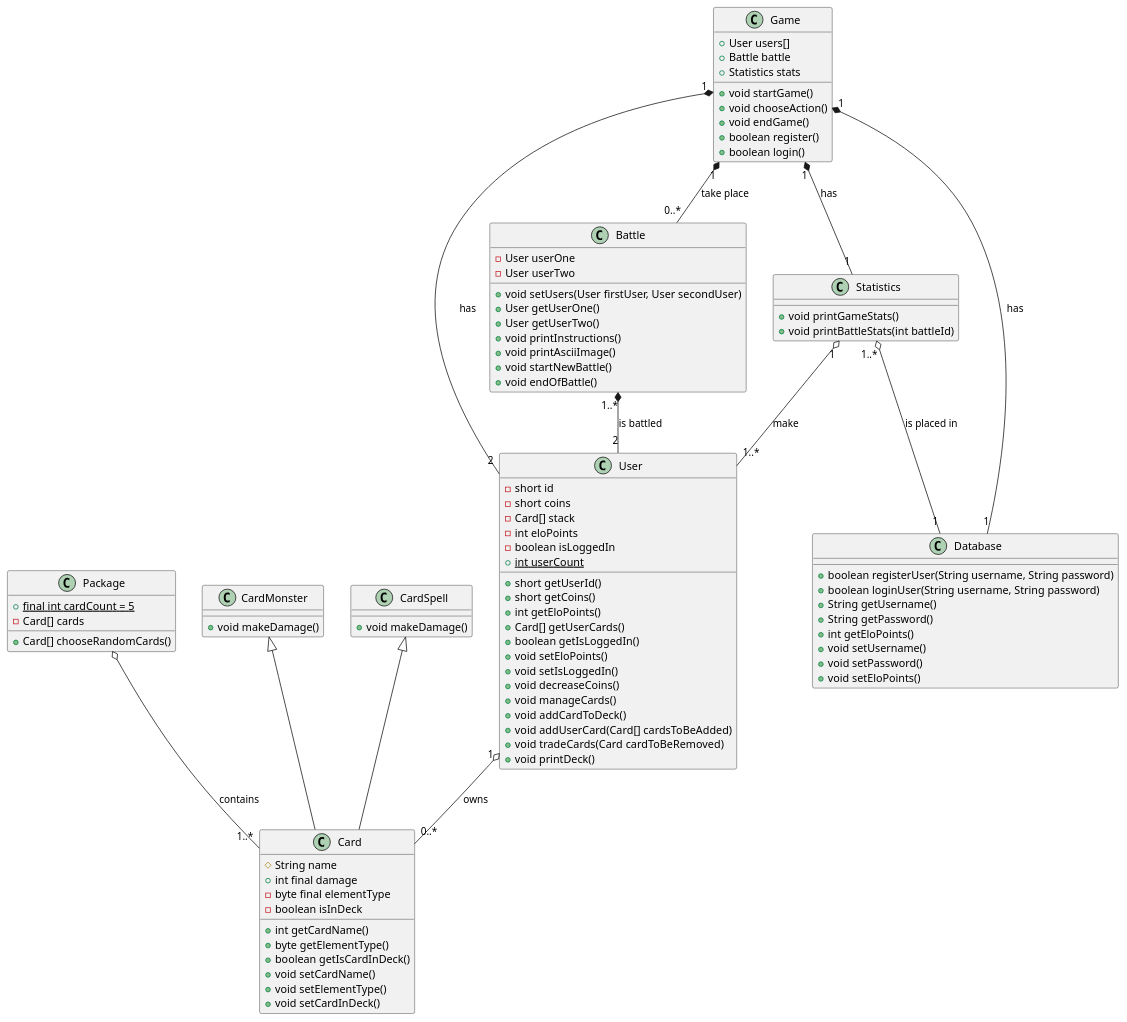
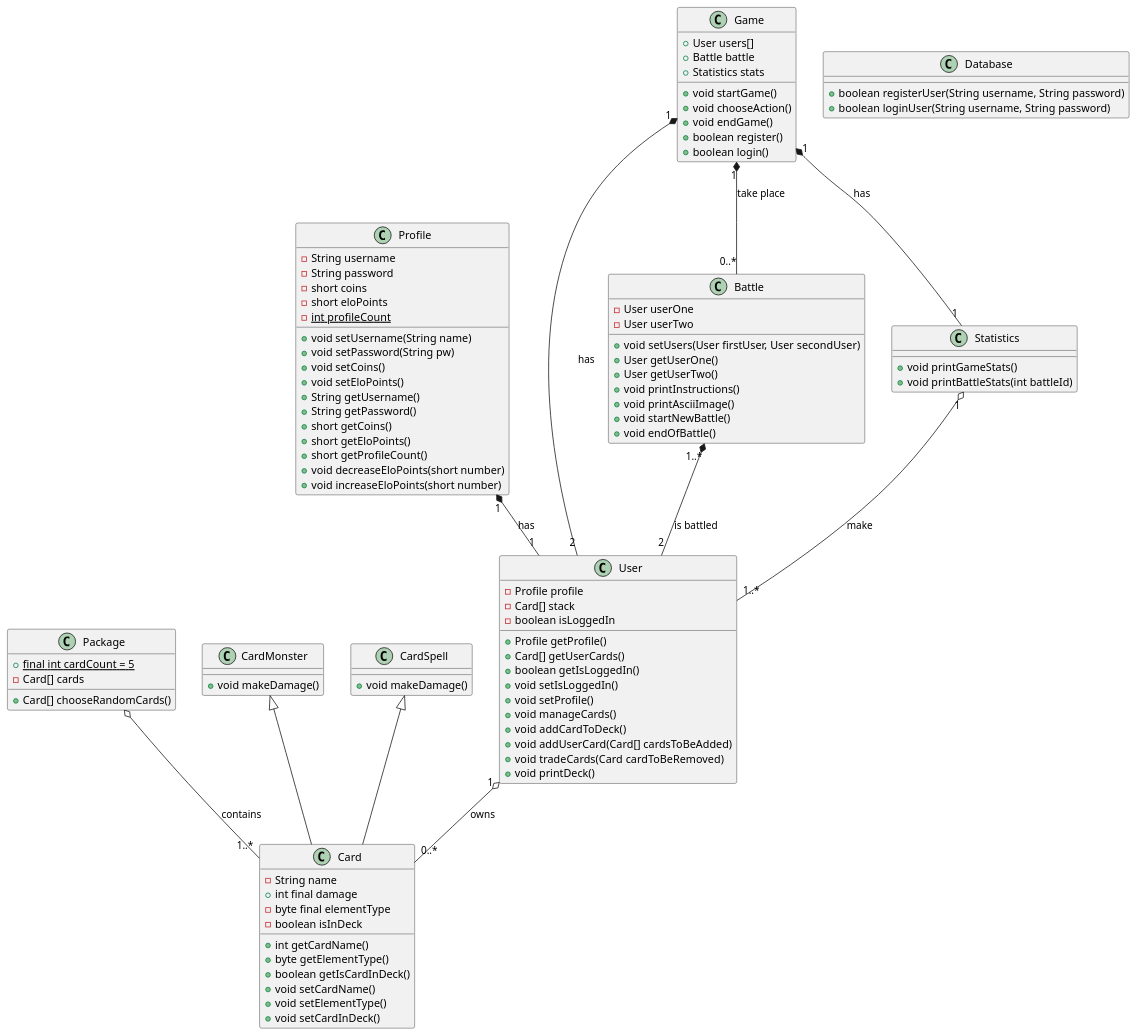
The diagram in src/main/java/projekt.puml (VladanPetkovic/SE_Semesterprojekt), drawn with PlantUML before and after one commit. The commit also changed 4 other files, not shown here.

```diff
--- a/src/main/java/projekt.puml
+++ b/src/main/java/projekt.puml
@@ -1,102 +1,108 @@
 @startuml
 class User
 {
-    -short id
-    -short coins
+    -Profile profile
     -Card[] stack
-    -int eloPoints
     -boolean isLoggedIn
-    +{static} int userCount
-    +short getUserId()
-    +short getCoins()
-    +int getEloPoints()
+    +Profile getProfile()
     +Card[] getUserCards()
     +boolean getIsLoggedIn()
-    +void setEloPoints()
     +void setIsLoggedIn()
-    +void decreaseCoins()
+    +void setProfile()
     +void manageCards()
     +void addCardToDeck()
     +void addUserCard(Card[] cardsToBeAdded)
     +void tradeCards(Card cardToBeRemoved)
     +void printDeck()
+}
+class Profile
+{
+    -String username
+    -String password
+    -short coins
+    -short eloPoints
+    -{static} int profileCount
+    +void setUsername(String name)
+    +void setPassword(String pw)
+    +void setCoins()
+    +void setEloPoints()
+    +String getUsername()
+    +String getPassword()
+    +short getCoins()
+    +short getEloPoints()
+    +short getProfileCount()
+    +void decreaseEloPoints(short number)
+    +void increaseEloPoints(short number)
 }
 class Package
 {
     +{static} final int cardCount = 5
     -Card[] cards
     +Card[] chooseRandomCards()
 }
 class Card
 {
-    #String name
+    -String name
     +int final damage
     -byte final elementType
     -boolean isInDeck
     +int getCardName()
     +byte getElementType()
     +boolean getIsCardInDeck()
     +void setCardName()
     +void setElementType()
     +void setCardInDeck()
 }
 class CardMonster
 {
     +void makeDamage()
 }
 class CardSpell
 {
     +void makeDamage()
 }
 class Battle
 {
     -User userOne
     -User userTwo
     +void setUsers(User firstUser, User secondUser)
     +User getUserOne()
     +User getUserTwo()
     +void printInstructions()
     +void printAsciiImage()
     +void startNewBattle()
     +void endOfBattle()
 }
 class Game
 {
     +User users[]
     +Battle battle
     +Statistics stats
     +void startGame()
     +void chooseAction()
     +void endGame()
     +boolean register()
     +boolean login()
 }
 class Statistics
 {
     +void printGameStats()
     +void printBattleStats(int battleId)
 }
 class Database
 {
     +boolean registerUser(String username, String password)
     +boolean loginUser(String username, String password)
-    +String getUsername()
-    +String getPassword()
-    +int getEloPoints()
-    +void setUsername()
-    +void setPassword()
-    +void setEloPoints()
 }
 
 CardMonster <|-- Card
 CardSpell <|-- Card
 User "1" o-- "0..*" Card : "owns"
 Game "1" *-- "0..*" Battle : "take place"
 Game "1" *-- "1" Statistics : "has"
 Game "1" *-- "2" User : "has"
-Game "1" *-- "1" Database : "has"
 Package o-- "1..*" Card : "contains"
 Battle "1..*" *-- "2" User : "is battled"
 Statistics "1" o-- "1..*" User : "make"
-Statistics "1..*" o-- "1" Database : "is placed in"
+Profile "1" *-- "1" User : has
 @enduml
```
